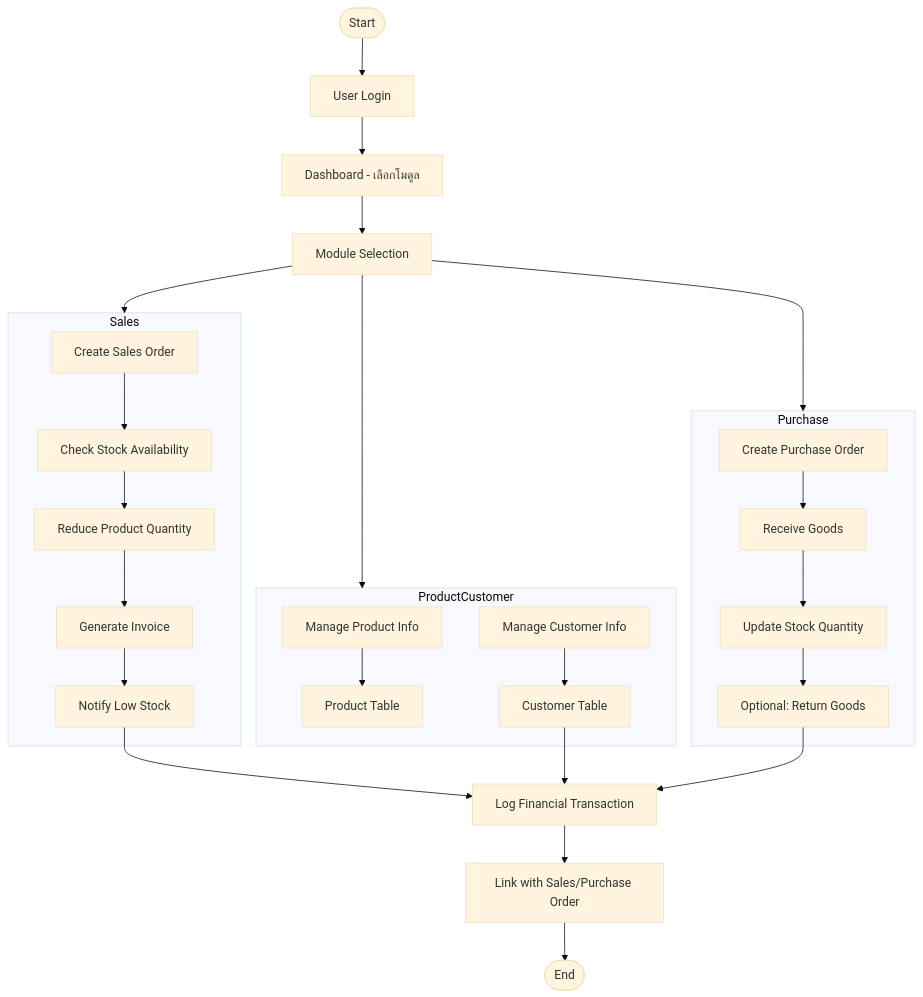
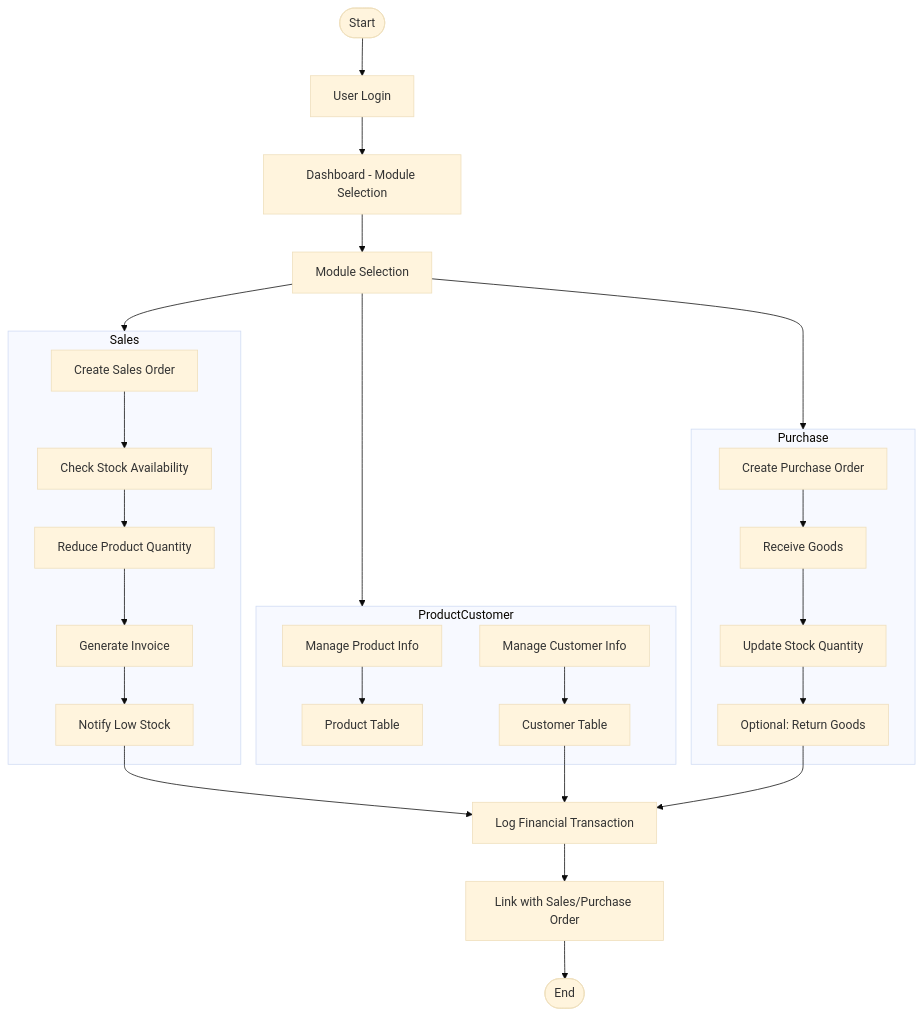
Before and after one commit to kyosuke11z/erp-project: the first of 2 diagrams in erp-project/README.md, drawn with Mermaid (base theme). The commit also changed other lines of this file and 1 other file, not shown here.

````diff
--- a/erp-project/README.md
+++ b/erp-project/README.md
@@ -83,36 +59,36 @@
 ```mermaid
 flowchart TD
     Start([Start]) --> Login[User Login]
-    Login --> Dashboard[Dashboard - เลือกโมดูล]
+    Login --> Dashboard[Dashboard - Module Selection]
     Dashboard --> ModuleSelection[Module Selection]
 
     ModuleSelection --> Sales
     ModuleSelection --> Purchase
     ModuleSelection --> ProductCustomer
 
     subgraph Sales
         CreateOrder[Create Sales Order] --> CheckStock[Check Stock Availability]
         CheckStock --> ReduceStock[Reduce Product Quantity]
         ReduceStock --> GenerateInvoice[Generate Invoice]
         GenerateInvoice --> NotifyStock[Notify Low Stock]
     end
 
     subgraph Purchase
         CreatePO[Create Purchase Order] --> ReceiveGoods[Receive Goods]
         ReceiveGoods --> UpdateStock[Update Stock Quantity]
         UpdateStock --> ReturnGoods[Optional: Return Goods]
     end
 
     subgraph ProductCustomer
         ManageProduct[Manage Product Info] --> ProductTable[Product Table]
         ManageCustomer[Manage Customer Info] --> CustomerTable[Customer Table]
     end
 
     Finance[Log Financial Transaction] --> LinkOrder[Link with Sales/Purchase Order]
     
     NotifyStock --> Finance
     CustomerTable --> Finance
     ReturnGoods --> Finance
 
     LinkOrder --> End([End])
 ```
````
